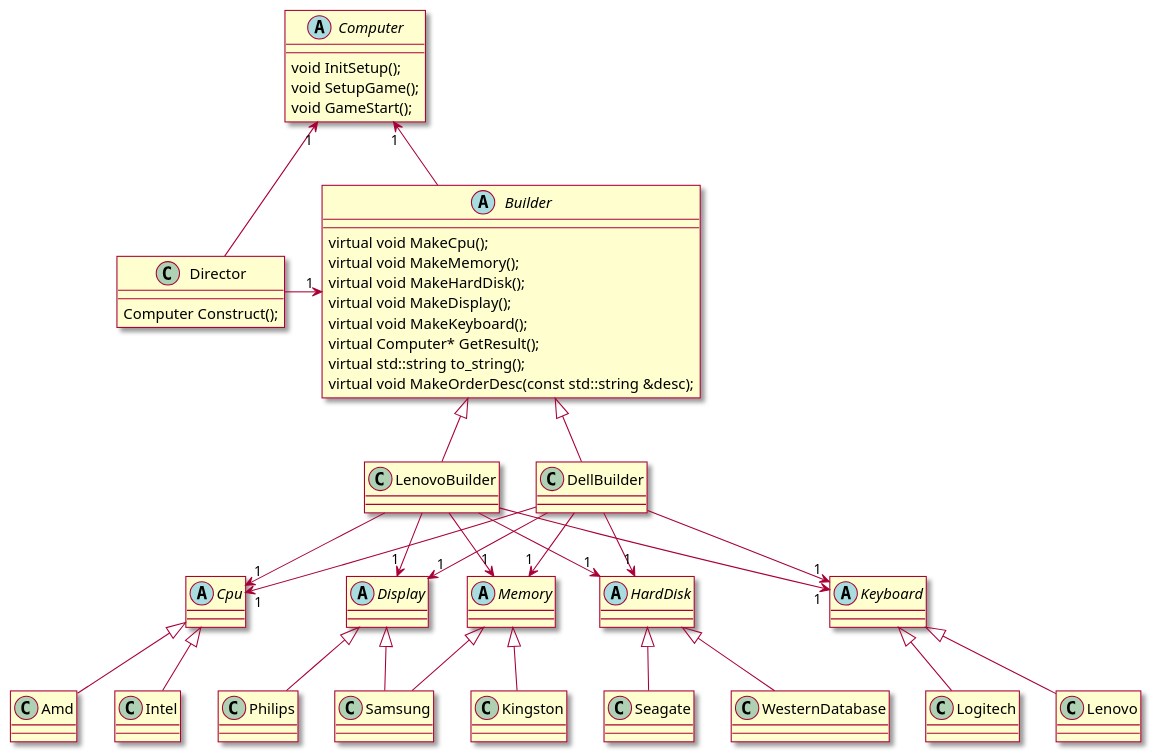
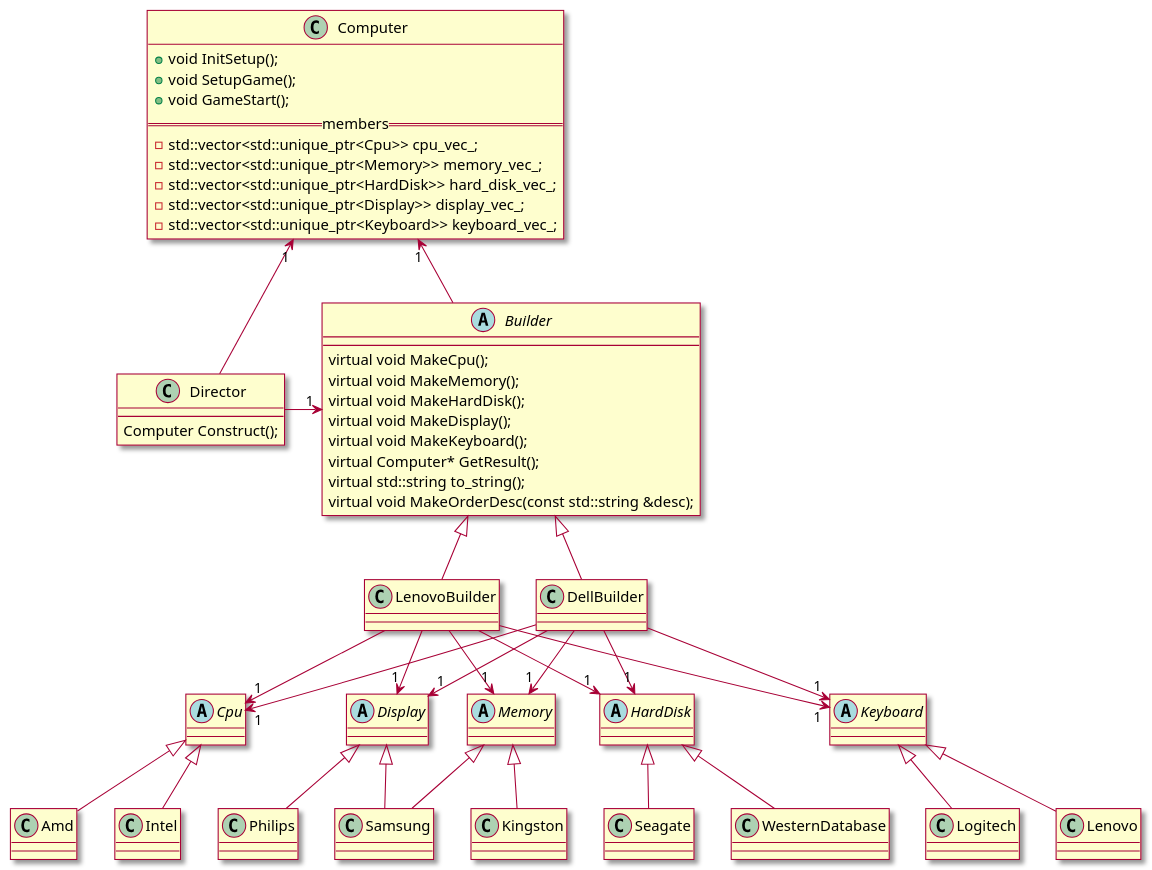
Before and after one commit to yanxueweicn/tdd_dev: the diagram in src/s2_logic_design_pattern/s1_design_pattern_create/BuilderClassDiagram.puml, drawn with PlantUML. The commit also changed 2 other files, not shown here.

Commit message:
继续优化代码和类图

```diff
--- a/src/s2_logic_design_pattern/s1_design_pattern_create/BuilderClassDiagram.puml
+++ b/src/s2_logic_design_pattern/s1_design_pattern_create/BuilderClassDiagram.puml
@@ -1,61 +1,67 @@
 @startuml
 skin rose
 
-abstract class Computer {
-    void InitSetup();
-    void SetupGame();
-    void GameStart();
+ class Computer {
+    + void InitSetup();
+    + void SetupGame();
+    + void GameStart();
+    ==members==
+    - std::vector<std::unique_ptr<Cpu>> cpu_vec_;
+    - std::vector<std::unique_ptr<Memory>> memory_vec_;
+    - std::vector<std::unique_ptr<HardDisk>> hard_disk_vec_;
+    - std::vector<std::unique_ptr<Display>> display_vec_;
+    - std::vector<std::unique_ptr<Keyboard>> keyboard_vec_;
 }
 abstract class Builder {
     virtual void MakeCpu();
     virtual void MakeMemory();
     virtual void MakeHardDisk();
     virtual void MakeDisplay();
     virtual void MakeKeyboard();
     virtual Computer* GetResult();
     virtual std::string to_string();
     virtual void MakeOrderDesc(const std::string &desc);
 }
 Builder -u-> "1" Computer
 
 class LenovoBuilder extends Builder
 class DellBuilder extends Builder
 class Director {
     Computer Construct();
 }
 Director -r-> "1" Builder
 Director -u-> "1" Computer
 
 abstract class Cpu
 class Intel extends Cpu
 class Amd extends Cpu
 
 abstract class Memory
 class Samsung extends Memory
 class Kingston extends Memory
 
 abstract class HardDisk
 class WesternDatabase extends HardDisk
 class Seagate extends HardDisk
 
 abstract class Display
 class Samsung extends Display
 class Philips extends Display
 
 abstract class Keyboard
 class Lenovo extends Keyboard
 class Logitech extends Keyboard
 
 LenovoBuilder --> "1" Cpu
 LenovoBuilder --> "1" Memory
 LenovoBuilder --> "1" HardDisk
 LenovoBuilder --> "1" Display
 LenovoBuilder --> "1" Keyboard
 
 DellBuilder --> "1" Cpu
 DellBuilder --> "1" Memory
 DellBuilder --> "1" HardDisk
 DellBuilder --> "1" Display
 DellBuilder --> "1" Keyboard
 
 @enduml
```
